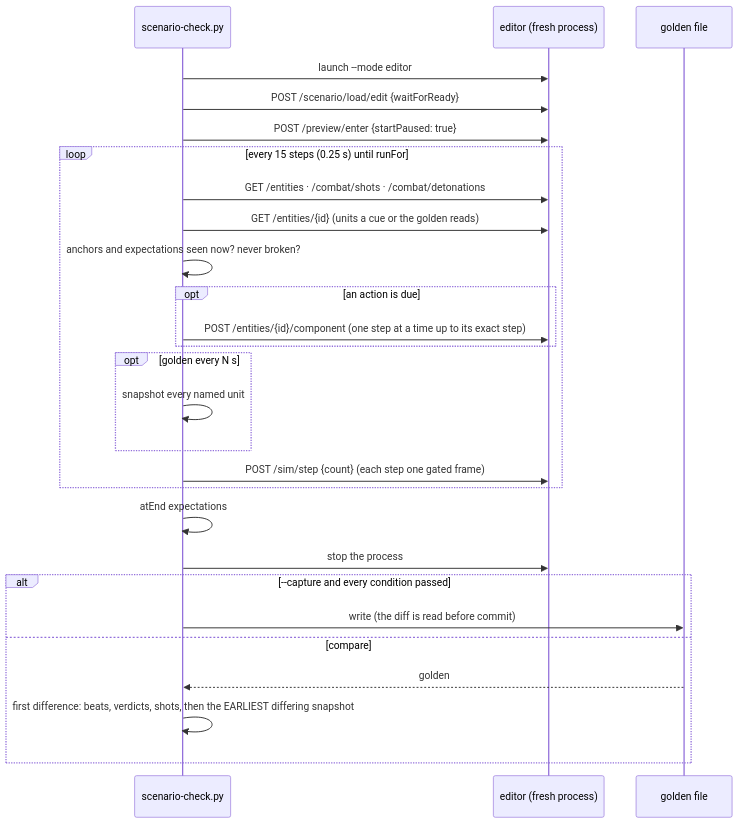
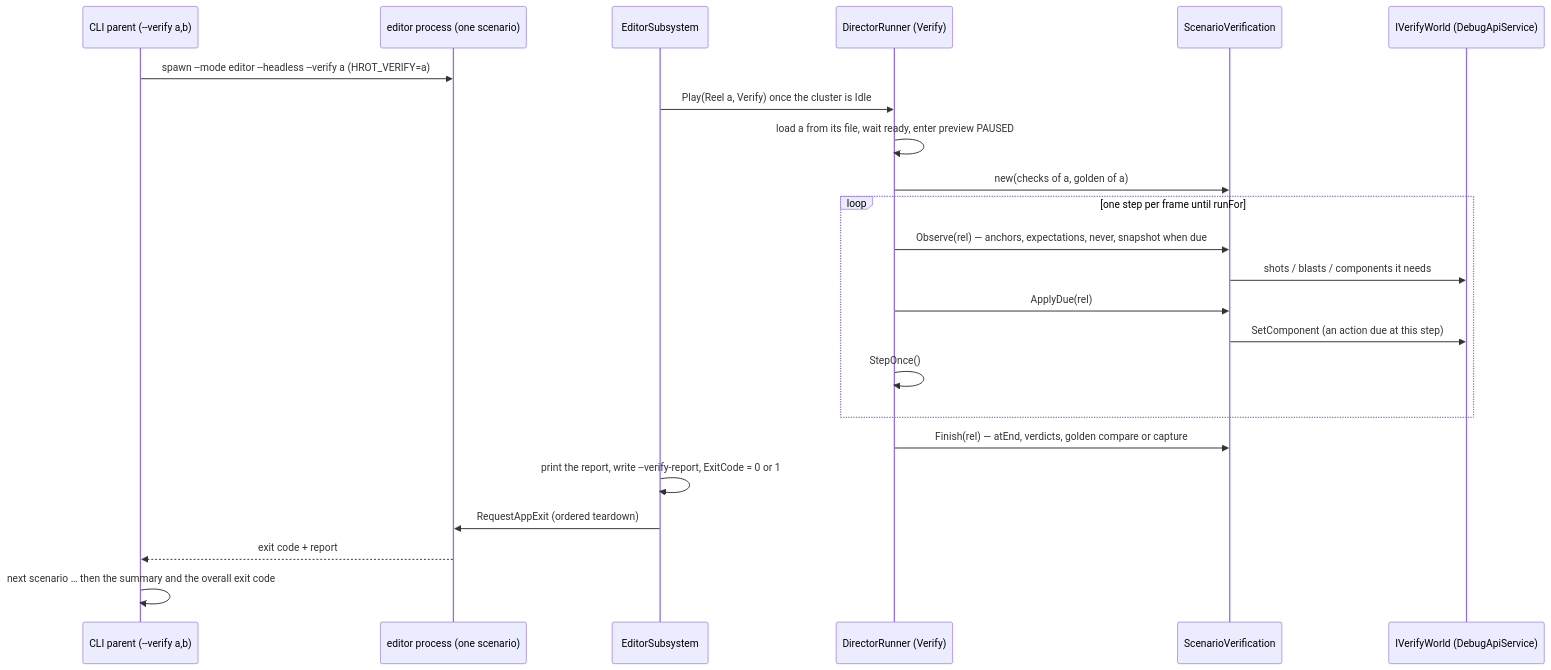
Before and after one commit to pjanec/HROT: the third of 3 diagrams in docs/DESIGN_Scenario_Regression.md, drawn with Mermaid. The commit also changed other lines of this file and 21 other files, not shown here.

````diff
--- a/docs/DESIGN_Scenario_Regression.md
+++ b/docs/DESIGN_Scenario_Regression.md
@@ -140,29 +181,25 @@
 ```mermaid
 sequenceDiagram
-  participant R as scenario-check.py
-  participant E as editor (fresh process)
-  participant G as golden file
-  R->>E: launch --mode editor
-  R->>E: POST /scenario/load/edit {waitForReady}
-  R->>E: POST /preview/enter {startPaused: true}
-  loop every 15 steps (0.25 s) until runFor
-    R->>E: GET /entities · /combat/shots · /combat/detonations
-    R->>E: GET /entities/{id} (units a cue or the golden reads)
-    R->>R: anchors and expectations seen now? never broken?
-    opt an action is due
-      R->>E: POST /entities/{id}/component (one step at a time up to its exact step)
-    end
-    opt golden every N s
-      R->>R: snapshot every named unit
-    end
-    R->>E: POST /sim/step {count} (each step one gated frame)
+  participant C as CLI parent (--verify a,b)
+  participant P as editor process (one scenario)
+  participant E as EditorSubsystem
+  participant R as DirectorRunner (Verify)
+  participant V as ScenarioVerification
+  participant W as IVerifyWorld (DebugApiService)
+  C->>P: spawn --mode editor --headless --verify a (HROT_VERIFY=a)
+  E->>R: Play(Reel a, Verify) once the cluster is Idle
+  R->>R: load a from its file, wait ready, enter preview PAUSED
+  R->>V: new(checks of a, golden of a)
+  loop one step per frame until runFor
+    R->>V: Observe(rel) — anchors, expectations, never, snapshot when due
+    V->>W: shots / blasts / components it needs
+    R->>V: ApplyDue(rel)
+    V->>W: SetComponent (an action due at this step)
+    R->>R: StepOnce()
   end
-  R->>R: atEnd expectations
-  R->>E: stop the process
-  alt --capture and every condition passed
-    R->>G: write (the diff is read before commit)
-  else compare
-    G-->>R: golden
-    R->>R: first difference: beats, verdicts, shots, then the EARLIEST differing snapshot
-  end
+  R->>V: Finish(rel) — atEnd, verdicts, golden compare or capture
+  E->>E: print the report, write --verify-report, ExitCode = 0 or 1
+  E->>P: RequestAppExit (ordered teardown)
+  P-->>C: exit code + report
+  C->>C: next scenario … then the summary and the overall exit code
 ```
````
